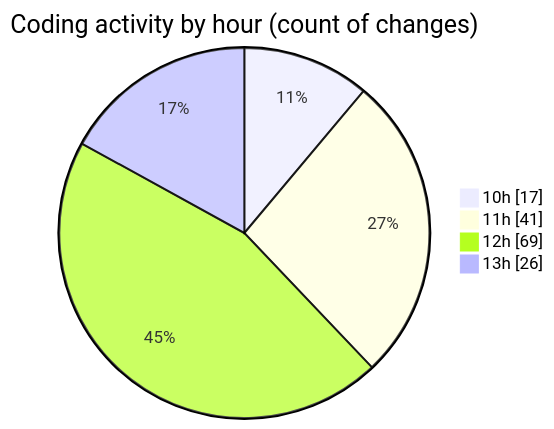
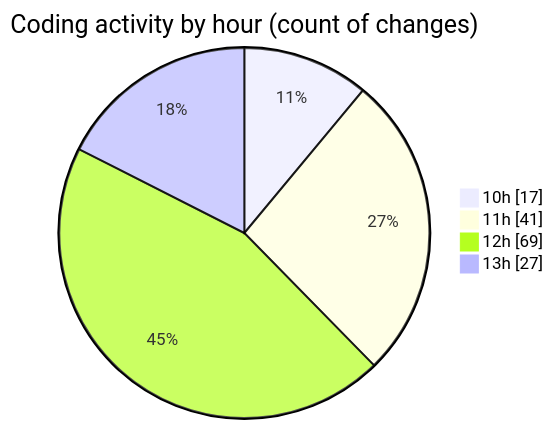
Before and after one commit to momahboobian/code-tracking: the second of 2 diagrams in 2025-10-06/cda/README.md, drawn with Mermaid. The commit also changed other lines of this file and 1 other file, not shown here.

````diff
--- a/2025-10-06/cda/README.md
+++ b/2025-10-06/cda/README.md
@@ -33,8 +33,8 @@
 ```mermaid
 pie showData
 title Coding activity by hour (count of changes)
 "10h" : 17
 "11h" : 41
 "12h" : 69
-"13h" : 26
+"13h" : 27
 ```
````
